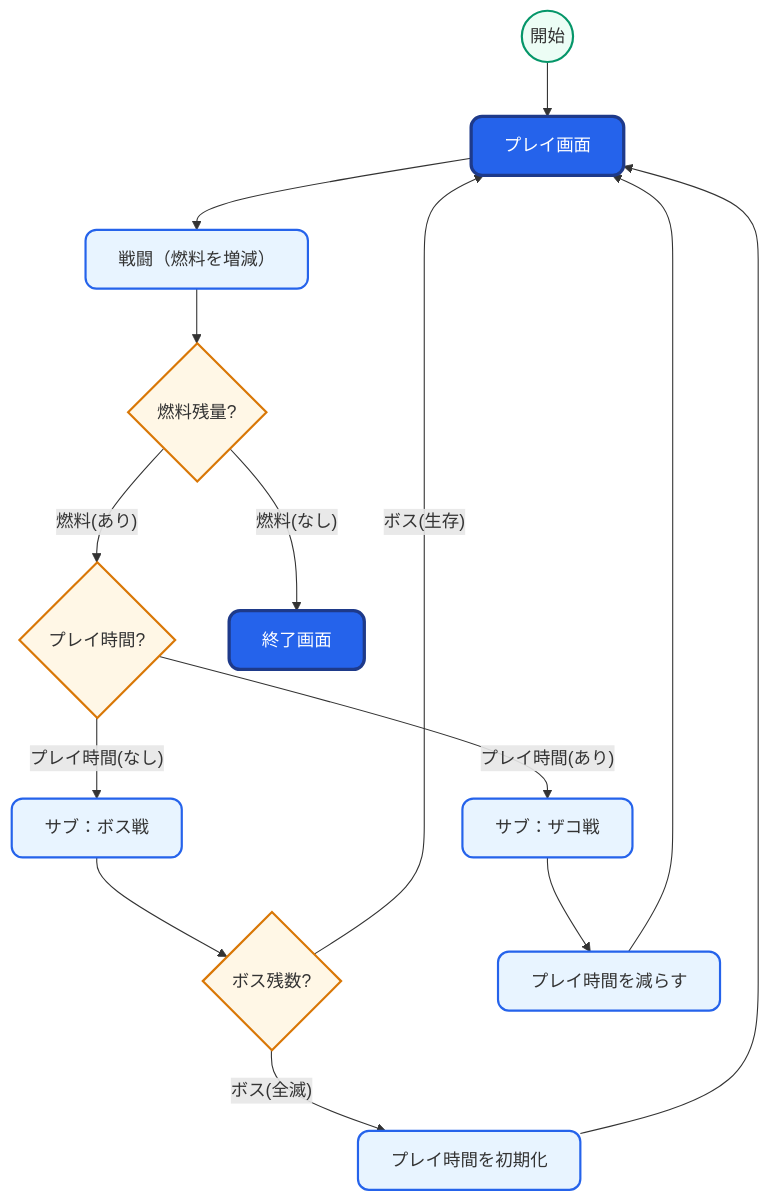
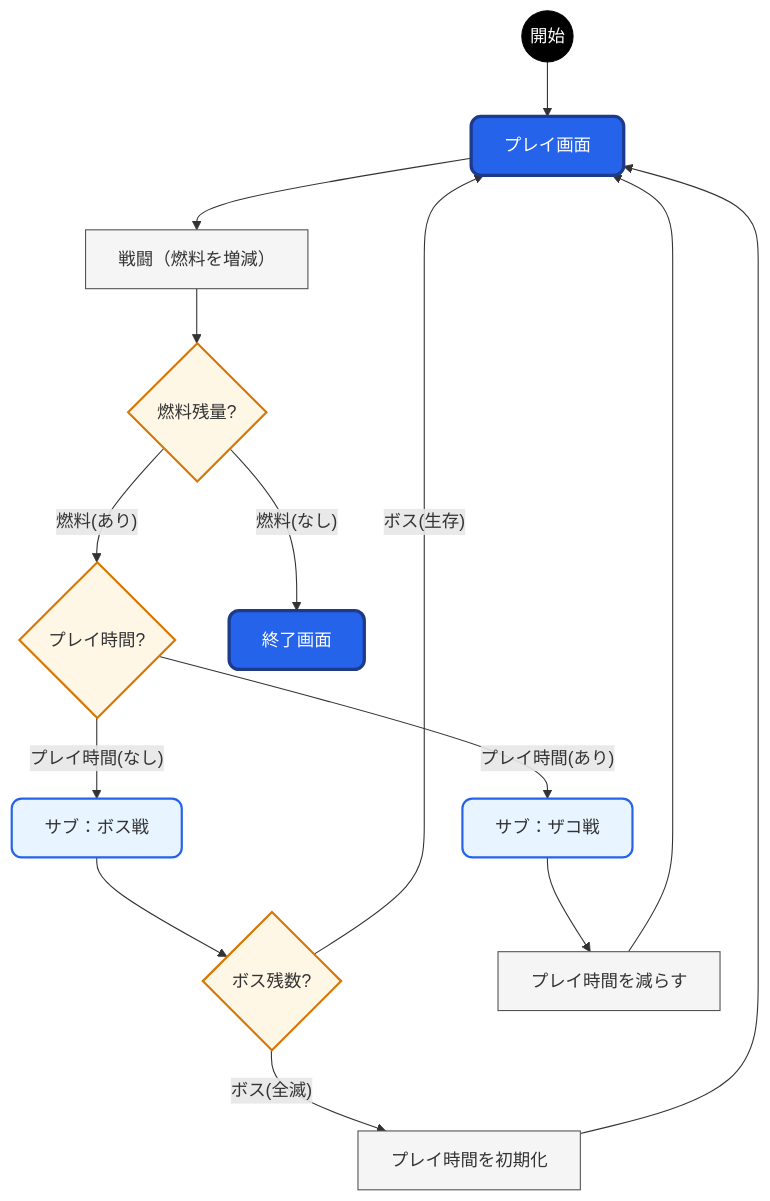
Before and after one commit to kureha001/MMP: the sixth of 7 diagrams in ゲーム/01_MechBullets/README/30_シーン管理.MD, drawn with Mermaid. The commit also changed other lines of this file and 1 other file, not shown here.

````diff
--- a/ゲーム/01_MechBullets/README/30_シーン管理.MD
+++ b/ゲーム/01_MechBullets/README/30_シーン管理.MD
@@ -191,40 +205,41 @@
 ```mermaid
 flowchart TB
-%% ==== Styles ====
-classDef highlight fill:#2563eb,color:#ffffff,stroke:#1e3a8a,stroke-width:3px,rx:10,ry:10;
-classDef decision  fill:#fff7e6,stroke:#d97706,stroke-width:2px;
-classDef startNode fill:#ecfdf5,stroke:#059669,stroke-width:2px,rx:10,ry:10;
-classDef screen    fill:#e8f4ff,stroke:#2563eb,stroke-width:2px,rx:10,ry:10;
+%% ==== 書式 ====
+classDef 開始 fill:#000000,color:#ffffff,stroke:#000000;
+classDef 画面 fill:#2563eb,color:#ffffff,stroke:#1e3a8a,stroke-width:3px,rx:9,ry:9;
+classDef サブ fill:#e8f4ff,stroke:#2563eb,stroke-width:2px,rx:9,ry:9;
+classDef 処理 fill:#f5f5f5,stroke:#535353;
+classDef 分岐 fill:#fff7e6,stroke:#d97706,stroke-width:2px;
 
-%% ==== Nodes ====
-start((開始)):::startNode;
-play[プレイ画面]:::highlight;
-battle[戦闘（燃料を増減）]:::screen;
-choiceFuel{燃料残量?}:::decision;
-choiceTime{プレイ時間?}:::decision;
-choiceBoss{ボス残数?}:::decision;
-endScr[終了画面]:::highlight;
-subZako[サブ：ザコ戦]:::screen;
-subBoss[サブ：ボス戦]:::screen;
-timeReset[プレイ時間を初期化]:::screen;
-timeReduce[プレイ時間を減らす]:::screen;
+%% ==== ノード ====
+start((開始)):::開始;
+play[プレイ画面]:::画面;
+battle[戦闘（燃料を増減）]:::処理;
+choiceFuel{燃料残量?}:::分岐;
+choiceTime{プレイ時間?}:::分岐;
+choiceBoss{ボス残数?}:::分岐;
+endScr[終了画面]:::画面;
+subZako[サブ：ザコ戦]:::サブ;
+subBoss[サブ：ボス戦]:::サブ;
+timeReset[プレイ時間を初期化]:::処理;
+timeReduce[プレイ時間を減らす]:::処理;
 
-%% ==== Flow ====
+%% ==== 処理順序 ====
 start --> play;
 play --> battle;
 battle --> choiceFuel;
 
 choiceFuel -- 燃料(なし) --> endScr;
 choiceFuel -- 燃料(あり) --> choiceTime;
 
 choiceTime -- プレイ時間(あり) --> subZako;
 choiceTime -- プレイ時間(なし) --> subBoss;
 
 subBoss --> choiceBoss;
 choiceBoss -- ボス(生存) --> play;
 choiceBoss -- ボス(全滅) --> timeReset;
 timeReset --> play;
 
 subZako --> timeReduce;
 timeReduce --> play;
 ```
````
